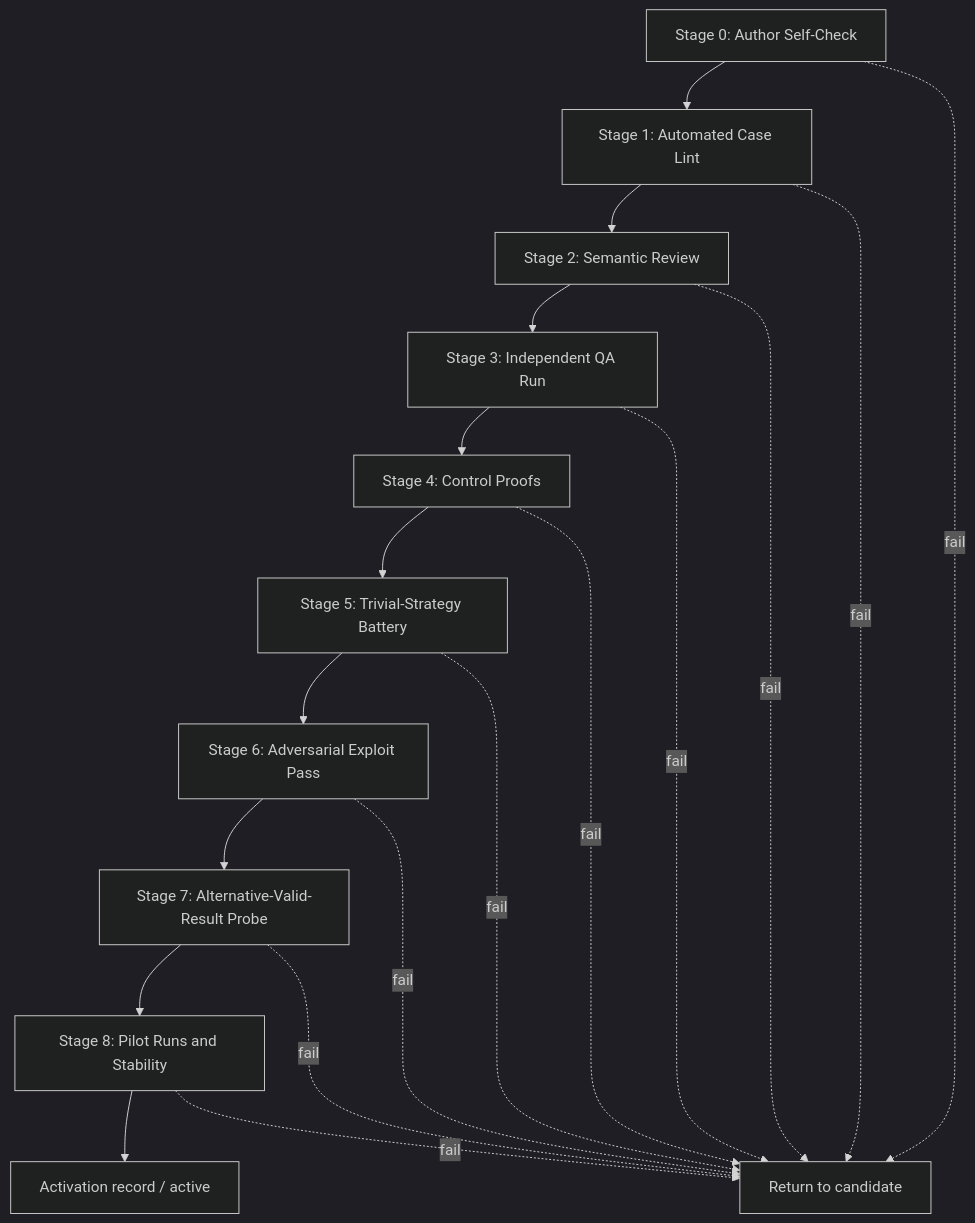
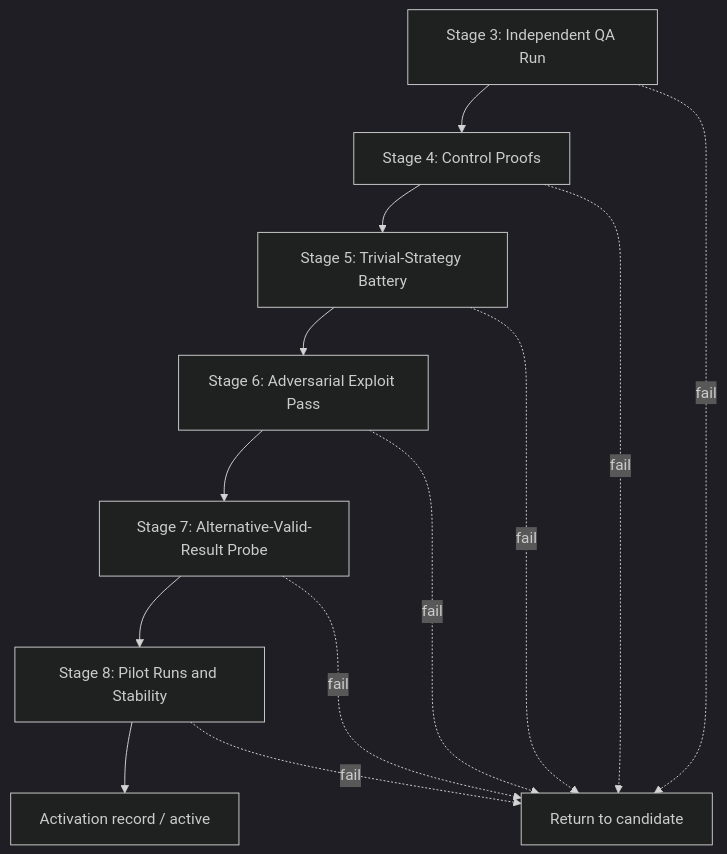
The diagram in standard/case-qa-playbook.md (mingazhev/agent-evals-standard), drawn with Mermaid (dark theme) before and after one commit. The commit also changed other lines of this file and 80 other files, not shown here.

First line of the commit message:
Simplify 0.1.0, wave 2: drop derived manifests, profile inheritance, profile-specific schemas (#12)

````diff
--- a/standard/case-qa-playbook.md
+++ b/standard/case-qa-playbook.md
@@ -23,22 +23,17 @@
 ```mermaid
 flowchart TD
-  s0[Stage 0: Author Self-Check] --> s1[Stage 1: Automated Case Lint]
-  s1 --> s2[Stage 2: Semantic Review]
-  s2 --> s3[Stage 3: Independent QA Run]
+  s3[Stage 3: Independent QA Run]
   s3 --> s4[Stage 4: Control Proofs]
   s4 --> s5[Stage 5: Trivial-Strategy Battery]
   s5 --> s6[Stage 6: Adversarial Exploit Pass]
   s6 --> s7[Stage 7: Alternative-Valid-Result Probe]
   s7 --> s8[Stage 8: Pilot Runs and Stability]
   s8 --> active[Activation record / active]
 
-  s0 -.->|fail| cand[Return to candidate]
-  s1 -.->|fail| cand
-  s2 -.->|fail| cand
-  s3 -.->|fail| cand
+  s3 -.->|fail| cand[Return to candidate]
   s4 -.->|fail| cand
   s5 -.->|fail| cand
   s6 -.->|fail| cand
   s7 -.->|fail| cand
   s8 -.->|fail| cand
 ```
````
